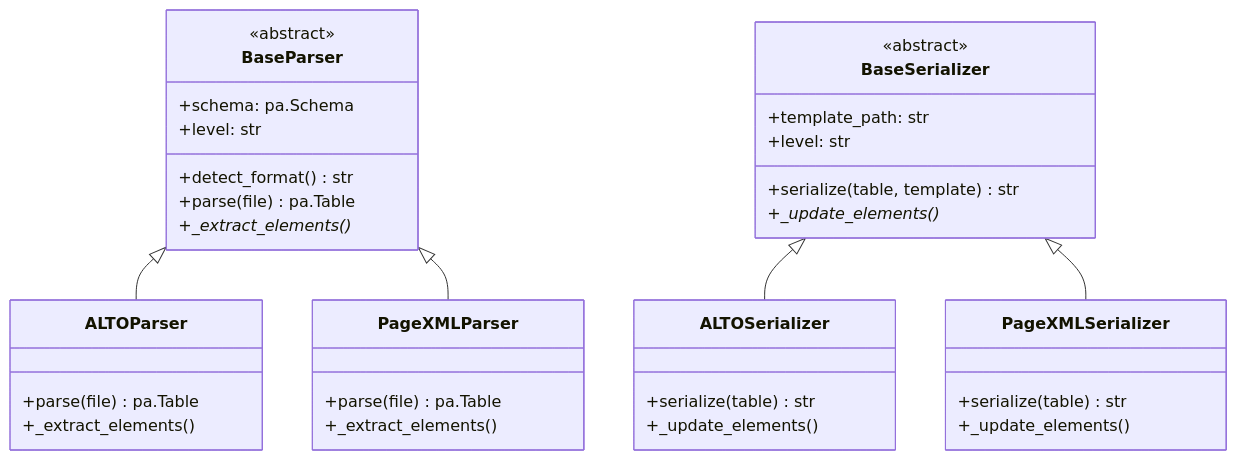
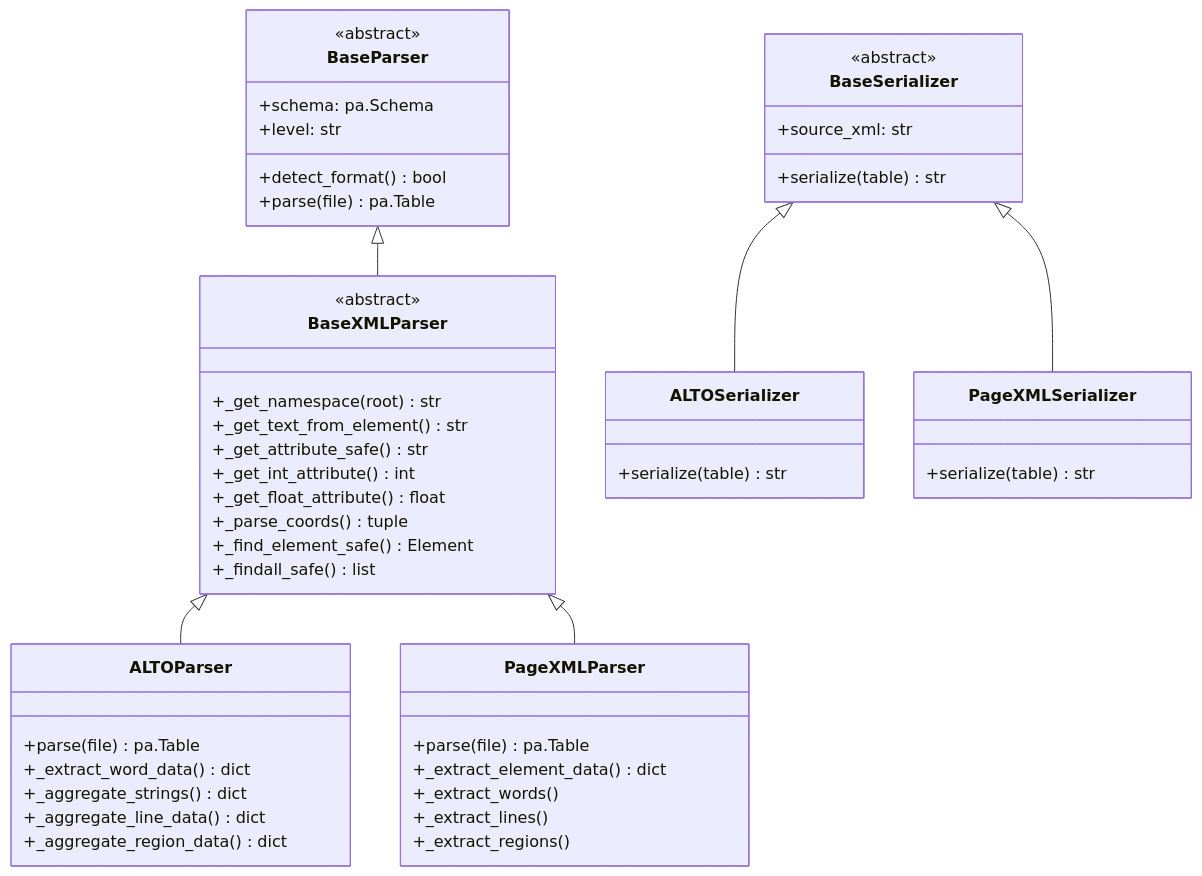
The second of 17 diagrams in ARCHITECTURE.md (AI-Riksarkivet/meleon), drawn with Mermaid before and after one commit. The commit also changed other lines of this file and 27 other files, not shown here.

````diff
--- a/ARCHITECTURE.md
+++ b/ARCHITECTURE.md
@@ -73,44 +75,58 @@
 ```mermaid
 classDiagram
     class BaseParser {
         <<abstract>>
         +schema: pa.Schema
         +level: str
-        +detect_format() str
+        +detect_format() bool
         +parse(file) pa.Table
-        +_extract_elements()*
+    }
+
+    class BaseXMLParser {
+        <<abstract>>
+        +_get_namespace(root) str
+        +_get_text_from_element() str
+        +_get_attribute_safe() str
+        +_get_int_attribute() int
+        +_get_float_attribute() float
+        +_parse_coords() tuple
+        +_find_element_safe() Element
+        +_findall_safe() list
     }
 
     class ALTOParser {
         +parse(file) pa.Table
-        +_extract_elements()
+        +_extract_word_data() dict
+        +_aggregate_strings() dict
+        +_aggregate_line_data() dict
+        +_aggregate_region_data() dict
     }
 
     class PageXMLParser {
         +parse(file) pa.Table
-        +_extract_elements()
+        +_extract_element_data() dict
+        +_extract_words()
+        +_extract_lines()
+        +_extract_regions()
     }
 
     class BaseSerializer {
         <<abstract>>
-        +template_path: str
-        +level: str
-        +serialize(table, template) str
-        +_update_elements()*
+        +source_xml: str
+        +serialize(table) str
     }
 
     class ALTOSerializer {
         +serialize(table) str
-        +_update_elements()
     }
 
     class PageXMLSerializer {
         +serialize(table) str
-        +_update_elements()
     }
 
-    BaseParser <|-- ALTOParser
-    BaseParser <|-- PageXMLParser
+    BaseParser <|-- BaseXMLParser
+    BaseXMLParser <|-- ALTOParser
+    BaseXMLParser <|-- PageXMLParser
     BaseSerializer <|-- ALTOSerializer
     BaseSerializer <|-- PageXMLSerializer
 ```
````
